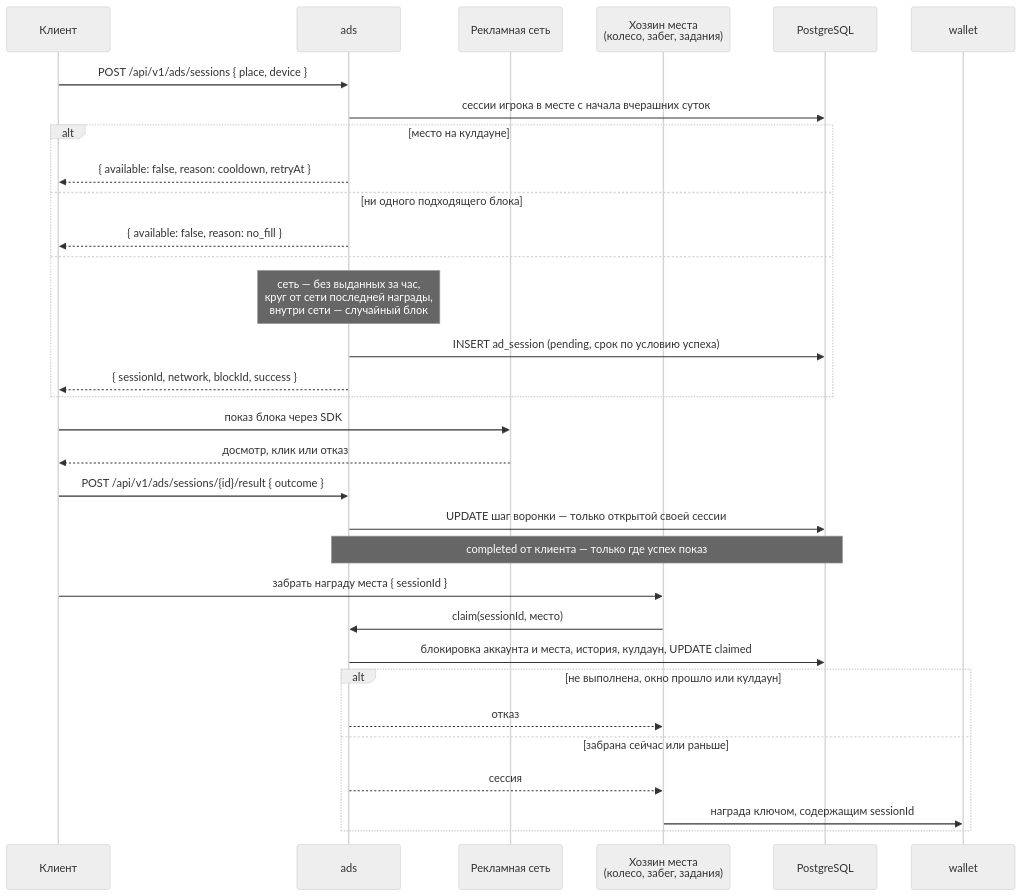
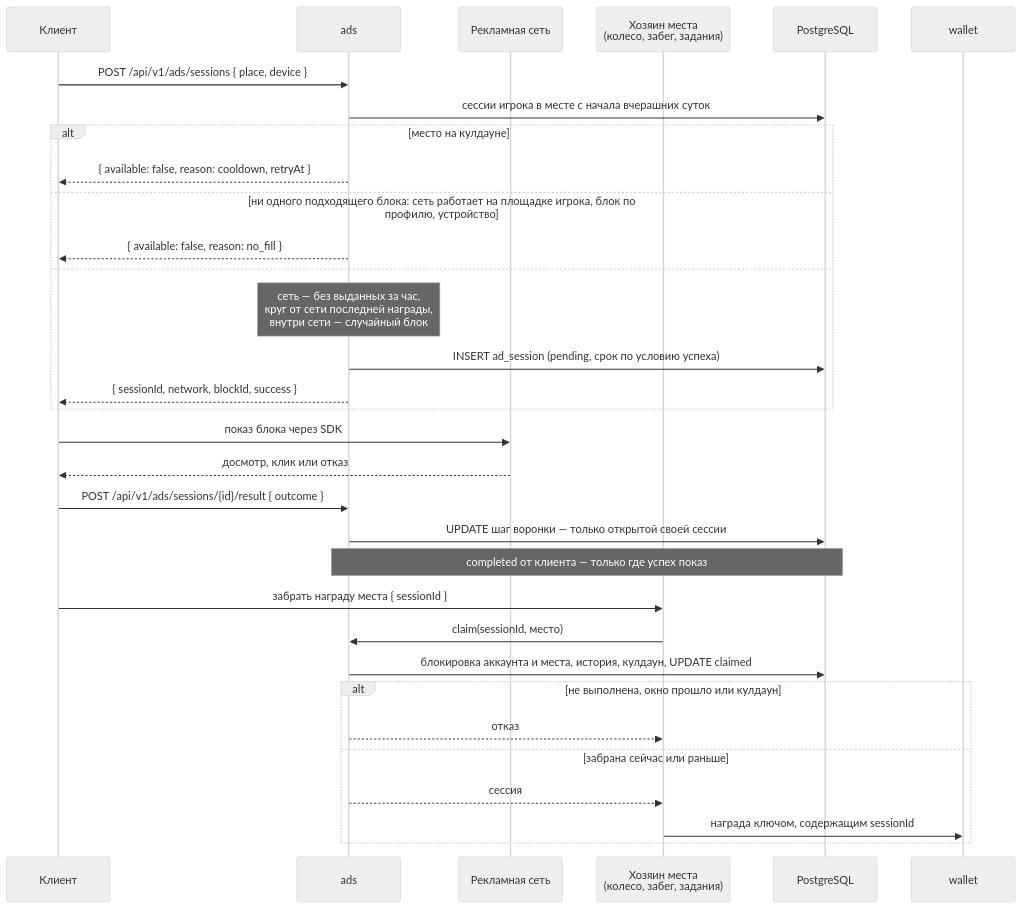
Before and after one commit to JJSGxKD/rubezh: the tenth of 29 diagrams in docs/21-diagrams.md, drawn with Mermaid (neutral theme). The commit also changed 7 other files, not shown here.

````diff
--- a/docs/21-diagrams.md
+++ b/docs/21-diagrams.md
@@ -1912,35 +1912,35 @@
 ```mermaid
 sequenceDiagram
     participant C as Клиент
     participant AD as ads
     participant N as Рекламная сеть
     participant O as Хозяин места<br/>(колесо, забег, задания)
     participant DB as PostgreSQL
     participant W as wallet
 
     C->>AD: POST /api/v1/ads/sessions { place, device }
     AD->>DB: сессии игрока в месте с начала вчерашних суток
     alt место на кулдауне
         AD-->>C: { available: false, reason: cooldown, retryAt }
-    else ни одного подходящего блока
+    else ни одного подходящего блока: сеть работает на площадке игрока, блок по профилю, устройство
         AD-->>C: { available: false, reason: no_fill }
     else
         Note over AD: сеть — без выданных за час,<br/>круг от сети последней награды,<br/>внутри сети — случайный блок
         AD->>DB: INSERT ad_session (pending, срок по условию успеха)
         AD-->>C: { sessionId, network, blockId, success }
     end
     C->>N: показ блока через SDK
     N-->>C: досмотр, клик или отказ
     C->>AD: POST /api/v1/ads/sessions/{id}/result { outcome }
     AD->>DB: UPDATE шаг воронки — только открытой своей сессии
     Note over AD,DB: completed от клиента — только где успех показ
     C->>O: забрать награду места { sessionId }
     O->>AD: claim(sessionId, место)
     AD->>DB: блокировка аккаунта и места, история, кулдаун, UPDATE claimed
     alt не выполнена, окно прошло или кулдаун
         AD-->>O: отказ
     else забрана сейчас или раньше
         AD-->>O: сессия
         O->>W: награда ключом, содержащим sessionId
     end
 ```
````
